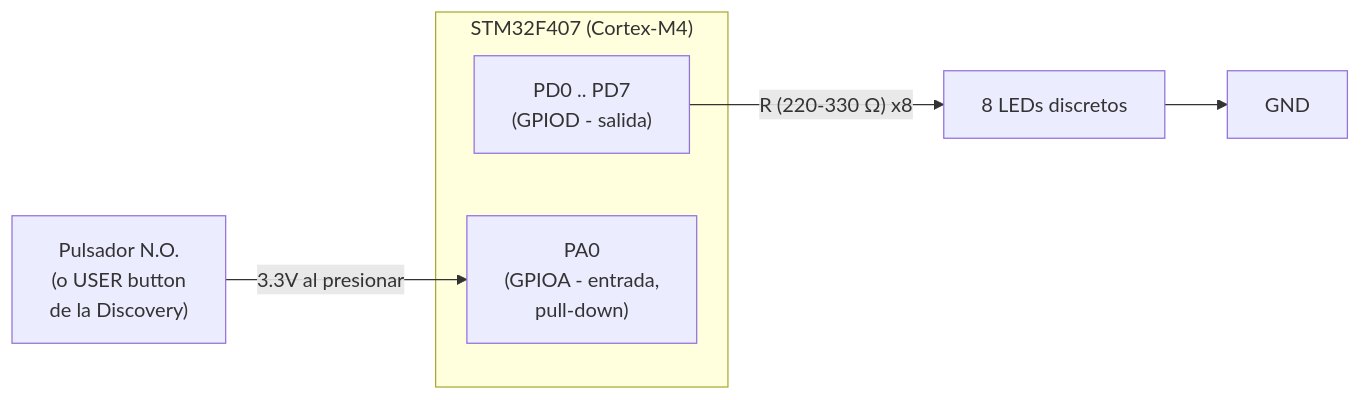
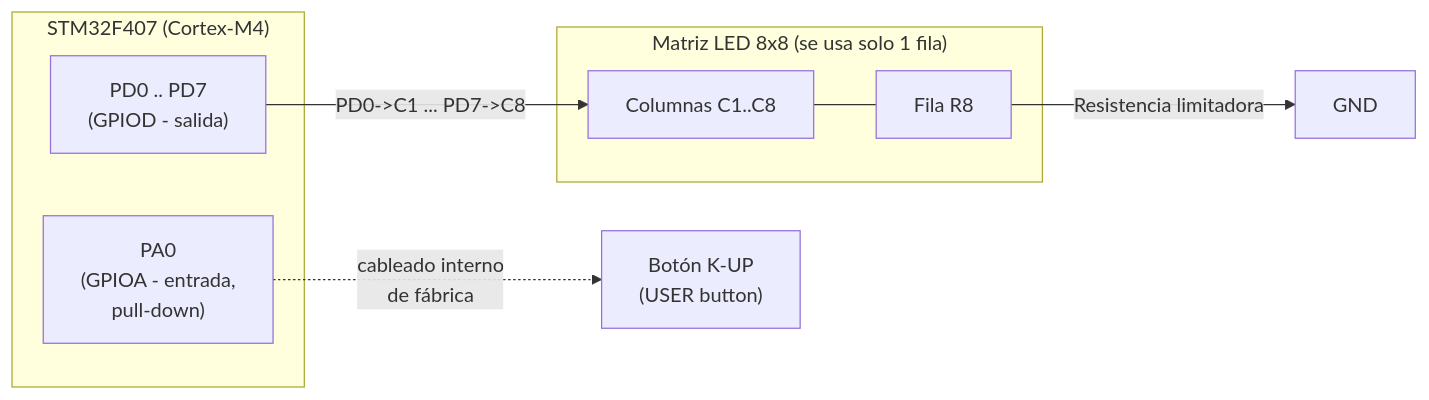
One commit to Marco-Guardia/ruleta-precision-stm32f407 changed the diagram in docs/05_diagrama_hardware.md. Above: the diagram before and after it, drawn with Mermaid. The commit also changed other lines of this file, not shown here.

Commit message:
Corregir diagrama de hardware: cableado real con matriz LED y boton K-UP

````diff
--- a/docs/05_diagrama_hardware.md
+++ b/docs/05_diagrama_hardware.md
@@ -24,12 +32,18 @@
 ```mermaid
 flowchart LR
     subgraph MCU["STM32F407 (Cortex-M4)"]
         PD0P7["PD0 .. PD7\n(GPIOD - salida)"]
         PA0["PA0\n(GPIOA - entrada,\npull-down)"]
     end
 
-    PD0P7 -->|"R (220-330 Ω) x8"| LEDS["8 LEDs discretos"]
-    LEDS --> GND1[GND]
+    subgraph MATRIZ["Matriz LED 8x8 (se usa solo 1 fila)"]
+        C1_8["Columnas C1..C8"]
+        R8["Fila R8"]
+    end
 
-    BTN["Pulsador N.O.\n(o USER button\nde la Discovery)"] -->|3.3V al presionar| PA0
+    PD0P7 -->|"PD0->C1 ... PD7->C8"| C1_8
+    C1_8 --- R8
+    R8 -->|"Resistencia limitadora"| GND1[GND]
+
+    PA0 -.->|"cableado interno\nde fábrica"| KUP["Botón K-UP\n(USER button)"]
 ```
````
